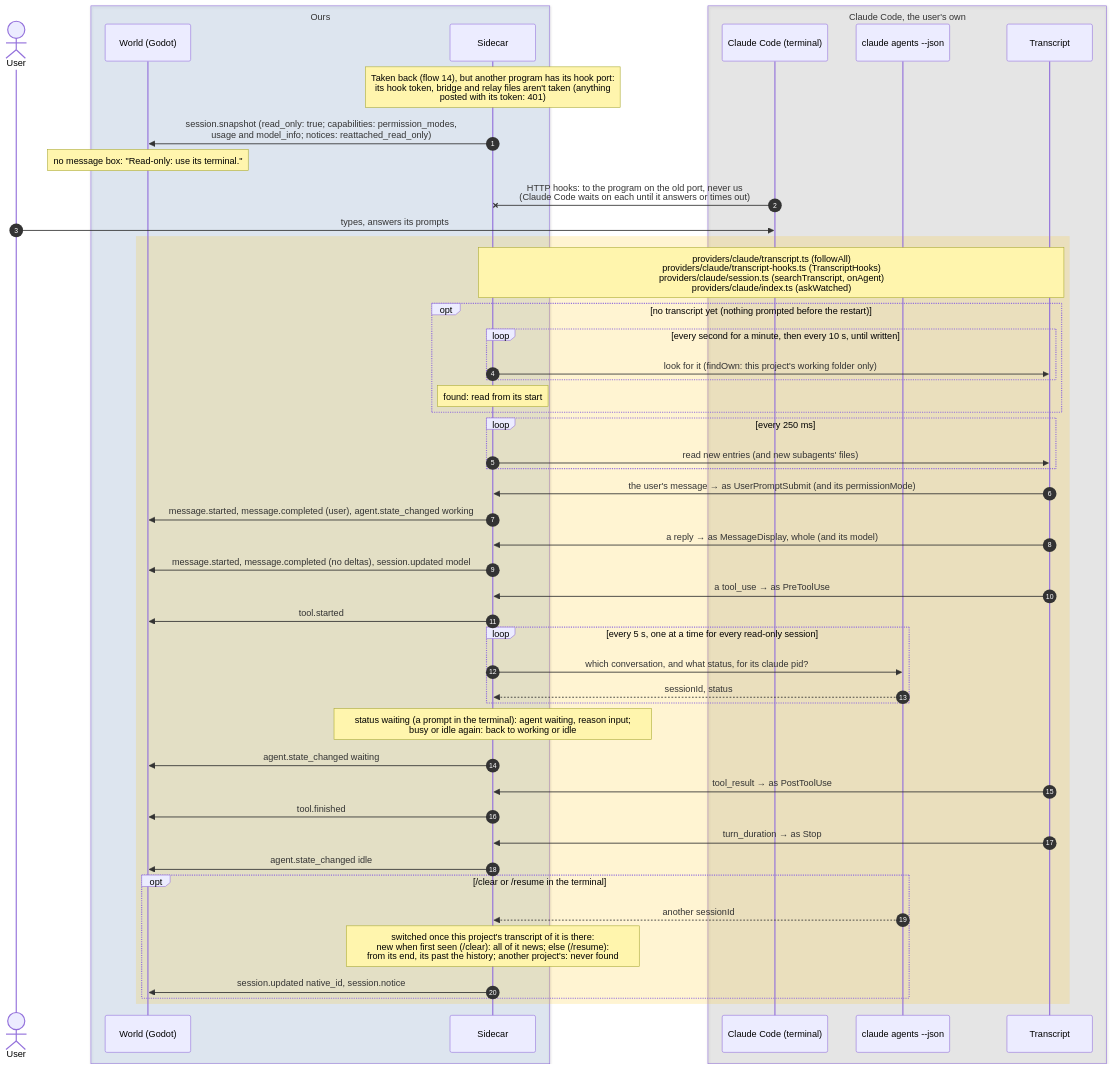
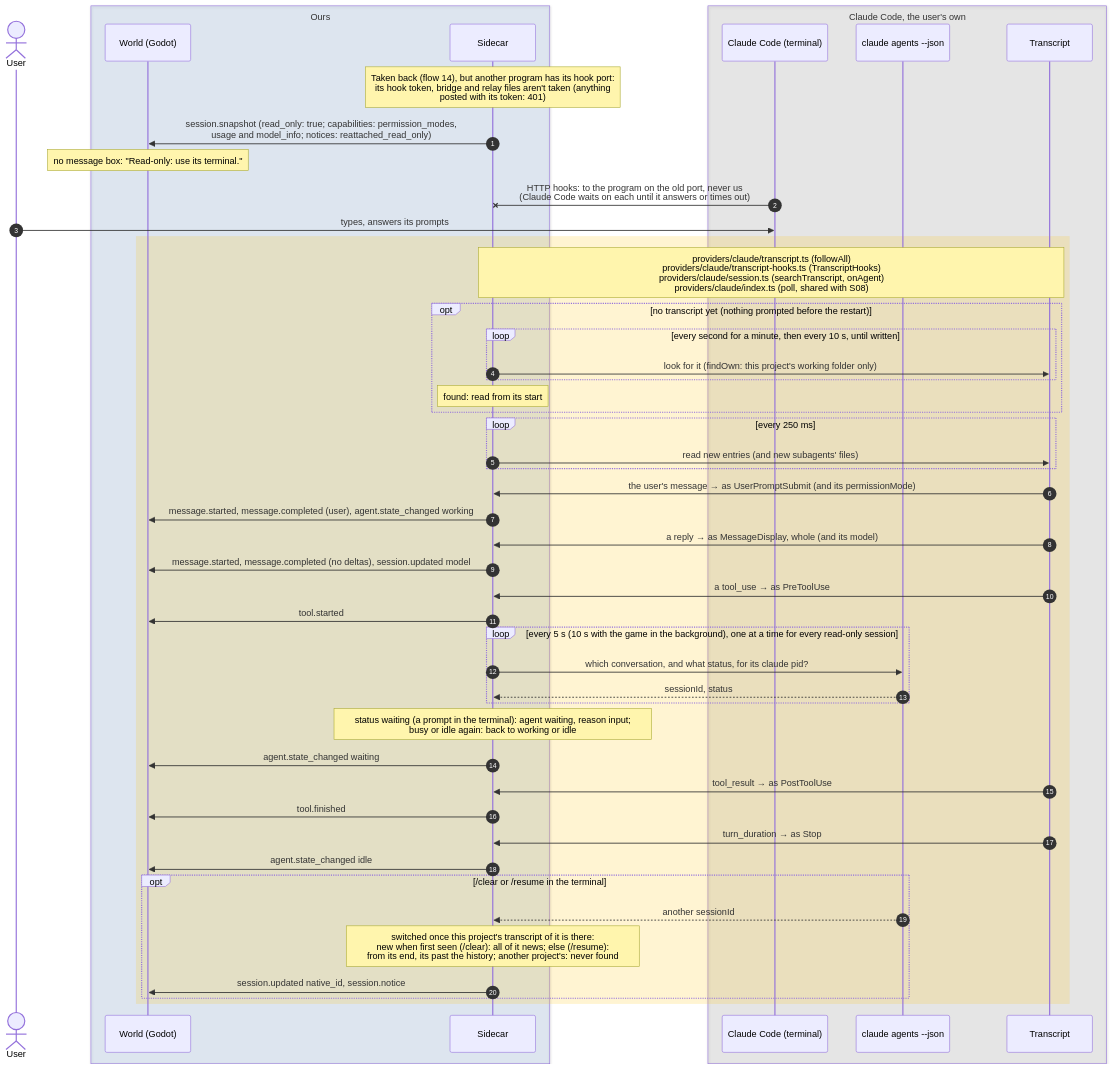
One commit to PaoloPortugal/The-Beach changed the diagram in docs/diagrams/sequence/15-read-only-mode.md. Above: the diagram before and after it, drawn with Mermaid. The commit also changed other lines of this file and 8 other files, not shown here.

Commit message:
Docs: S08 built (NOTES S08, S07's shared poll, C10 toggle, Protocol provider capabilities and notices; index row; guide S08 and C10; flows 0, 15, 16; dev log; Current focus; live steps)

````diff
--- a/docs/diagrams/sequence/15-read-only-mode.md
+++ b/docs/diagrams/sequence/15-read-only-mode.md
@@ -7,55 +8,55 @@
 ```mermaid
 sequenceDiagram
     autonumber
     actor User
 
     box rgba(47,111,191,0.12) Ours
         participant World as World (Godot)
         participant Sidecar
     end
 
     box rgba(128,128,128,0.14) Claude Code, the user's own
         participant Claude as Claude Code (terminal)
         participant Agents as claude agents --json
         participant Log as Transcript
     end
 
     Note over Sidecar: Taken back (flow 14), but another program has its hook port:<br/>its hook token, bridge and relay files aren't taken (anything<br/>posted with its token: 401)
     Sidecar->>World: session.snapshot (read_only: true#59; capabilities: permission_modes,<br/>usage and model_info#59; notices: reattached_read_only)
     Note over World: no message box: "Read-only: use its terminal."
     Claude-xSidecar: HTTP hooks: to the program on the old port, never us<br/>(Claude Code waits on each until it answers or times out)
     User->>Claude: types, answers its prompts
     rect rgba(255,193,7,0.18)
-        Note over Sidecar,Log: providers/claude/transcript.ts (followAll)<br/>providers/claude/transcript-hooks.ts (TranscriptHooks)<br/>providers/claude/session.ts (searchTranscript, onAgent)<br/>providers/claude/index.ts (askWatched)
+        Note over Sidecar,Log: providers/claude/transcript.ts (followAll)<br/>providers/claude/transcript-hooks.ts (TranscriptHooks)<br/>providers/claude/session.ts (searchTranscript, onAgent)<br/>providers/claude/index.ts (poll, shared with S08)
         opt no transcript yet (nothing prompted before the restart)
             loop every second for a minute, then every 10 s, until written
                 Sidecar->>Log: look for it (findOwn: this project's working folder only)
             end
             Note over Sidecar: found: read from its start
         end
         loop every 250 ms
             Sidecar->>Log: read new entries (and new subagents' files)
         end
         Log->>Sidecar: the user's message → as UserPromptSubmit (and its permissionMode)
         Sidecar->>World: message.started, message.completed (user), agent.state_changed working
         Log->>Sidecar: a reply → as MessageDisplay, whole (and its model)
         Sidecar->>World: message.started, message.completed (no deltas), session.updated model
         Log->>Sidecar: a tool_use → as PreToolUse
         Sidecar->>World: tool.started
-        loop every 5 s, one at a time for every read-only session
+        loop every 5 s (10 s with the game in the background), one at a time for every read-only session
             Sidecar->>Agents: which conversation, and what status, for its claude pid?
             Agents-->>Sidecar: sessionId, status
         end
         Note over Sidecar: status waiting (a prompt in the terminal): agent waiting, reason input#59;<br/>busy or idle again: back to working or idle
         Sidecar->>World: agent.state_changed waiting
         Log->>Sidecar: tool_result → as PostToolUse
         Sidecar->>World: tool.finished
         Log->>Sidecar: turn_duration → as Stop
         Sidecar->>World: agent.state_changed idle
         opt /clear or /resume in the terminal
             Agents-->>Sidecar: another sessionId
             Note over Sidecar: switched once this project's transcript of it is there:<br/>new when first seen (/clear): all of it news#59; else (/resume):<br/>from its end, its past the history#59; another project's: never found
             Sidecar->>World: session.updated native_id, session.notice
         end
     end
 ```
````
